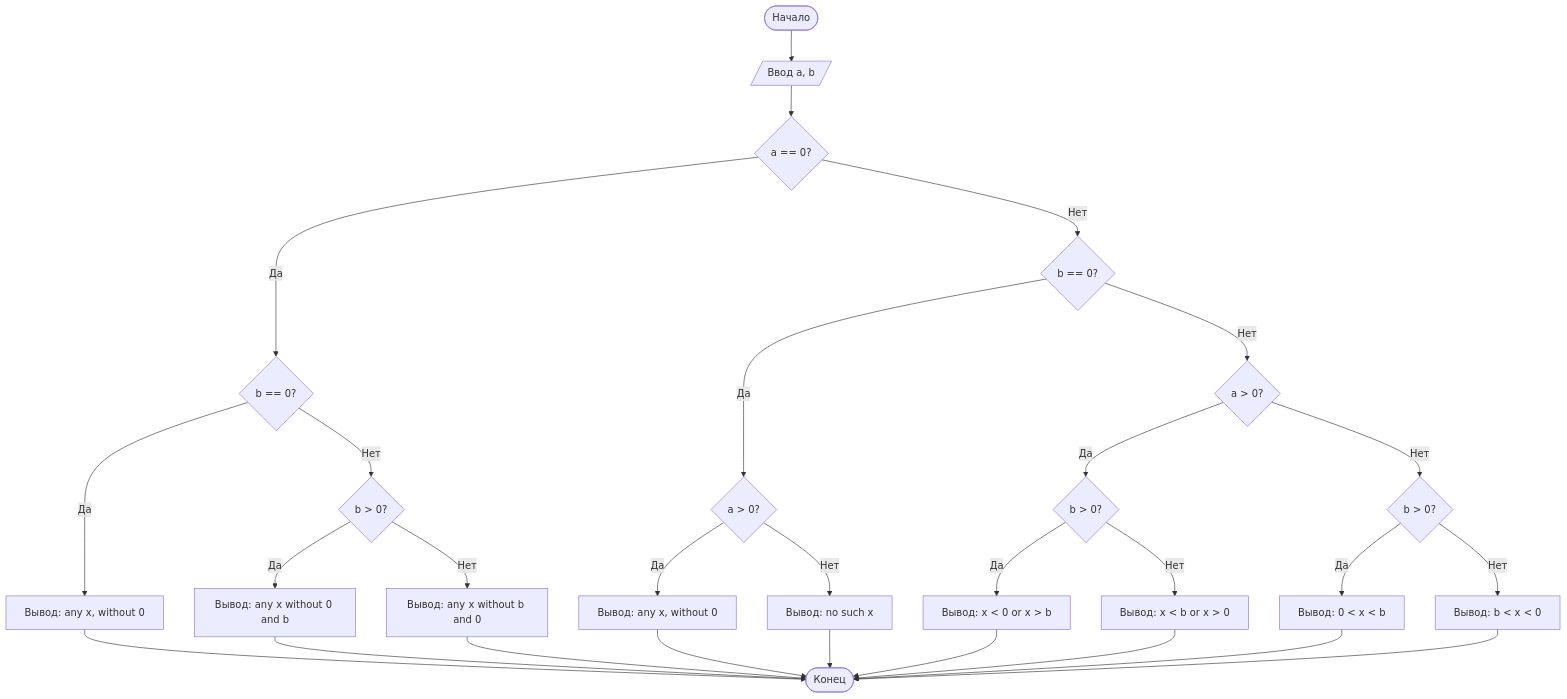
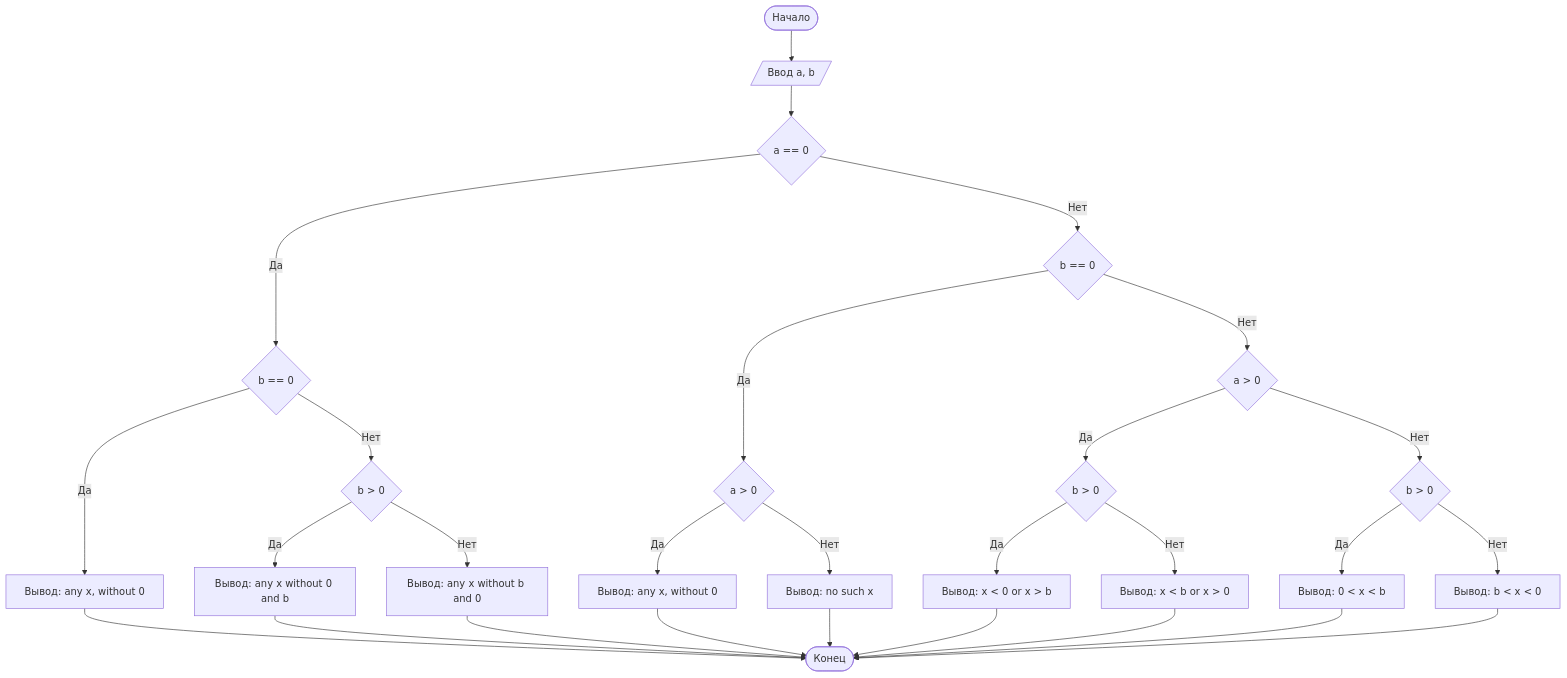
Before and after one commit to Egormodanov/1labwork-: the diagram in README.md, drawn with Mermaid. The commit also changed other lines of this file, not shown here.

````diff
--- a/README.md
+++ b/README.md
@@ -81,31 +81,31 @@
 ```mermaid
 graph TD
     A([Начало]) --> B[/Ввод a, b/]
-    B --> C{a == 0?}
-    C -- Да --> D{b == 0?}
+    B --> C{a == 0}
+    C -- Да --> D{b == 0}
     D -- Да --> E["Вывод: any x, without 0"]
-    D -- Нет --> F{b > 0?}
+    D -- Нет --> F{b > 0}
     F -- Да --> G["Вывод: any x without 0 and b"]
     F -- Нет --> H["Вывод: any x without b and 0"]
-    C -- Нет --> I{b == 0?}
-    I -- Да --> J{a > 0?}
+    C -- Нет --> I{b == 0}
+    I -- Да --> J{a > 0}
     J -- Да --> K["Вывод: any x, without 0"]
     J -- Нет --> L["Вывод: no such x"]
-    I -- Нет --> M{a > 0?}
-    M -- Да --> N{b > 0?}
+    I -- Нет --> M{a > 0}
+    M -- Да --> N{b > 0}
     N -- Да --> O["Вывод: x < 0 or x > b"]
     N -- Нет --> P["Вывод: x < b or x > 0"]
-    M -- Нет --> Q{b > 0?}
+    M -- Нет --> Q{b > 0}
     Q -- Да --> R["Вывод: 0 < x < b"]
     Q -- Нет --> S["Вывод: b < x < 0"]
     E --> T([Конец])
     G --> T
     H --> T
     K --> T
     L --> T
     O --> T
     P --> T
     R --> T
     S --> T
 
 ```
````
